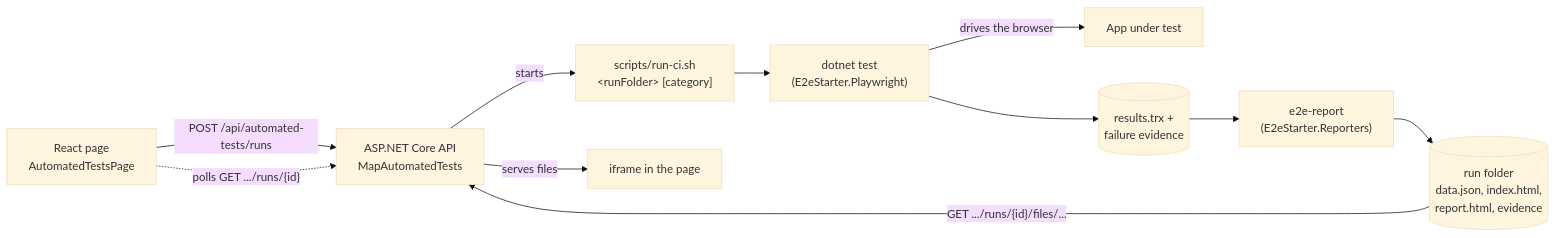
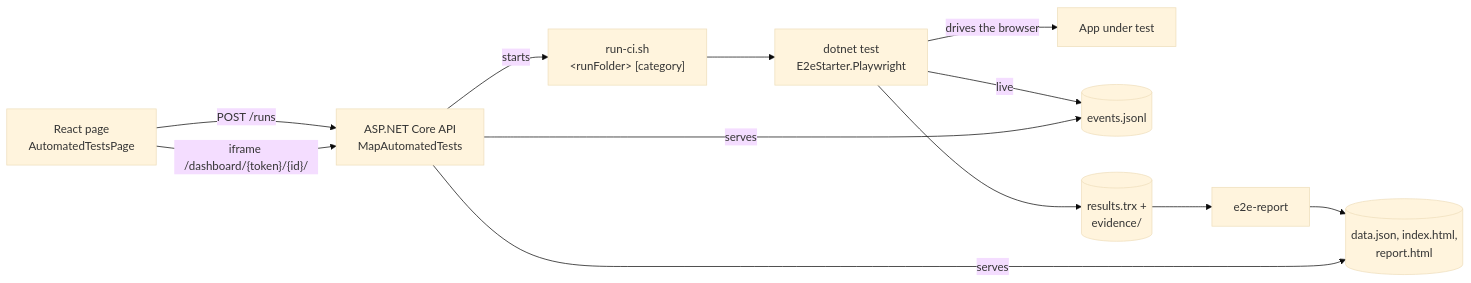
The diagram in README.md (perisicnikola37/react-dotnet-playwright-e2e-starter), drawn with Mermaid (base theme) before and after one commit. The commit also changed other lines of this file and 65 other files, not shown here.

First line of the commit message:
feat: live playwright dashboard, re-runs and seo landing page (#9)

````diff
--- a/README.md
+++ b/README.md
@@ -102,13 +140,13 @@
 ```mermaid
 flowchart LR
-    P["React page<br/>AutomatedTestsPage"] -- "POST /api/automated-tests/runs" --> API["ASP.NET Core API<br/>MapAutomatedTests"]
-    API -- "starts" --> S["scripts/run-ci.sh<br/>&lt;runFolder&gt; [category]"]
-    S --> T["dotnet test<br/>(E2eStarter.Playwright)"]
+    P["React page<br/>AutomatedTestsPage"] -- "POST /runs" --> API["ASP.NET Core API<br/>MapAutomatedTests"]
+    API -- "starts" --> S["run-ci.sh<br/>&lt;runFolder&gt; [category]"]
+    S --> T["dotnet test<br/>E2eStarter.Playwright"]
     T -- "drives the browser" --> APP["App under test"]
-    T --> E[("results.trx +<br/>failure evidence")]
-    E --> R["e2e-report<br/>(E2eStarter.Reporters)"]
-    R --> F[("run folder<br/>data.json, index.html,<br/>report.html, evidence")]
-    F -- "GET .../runs/{id}/files/..." --> API
-    API -- "serves files" --> I["iframe in the page"]
-    P -. "polls GET .../runs/{id}" .-> API
+    T -- "live" --> EV[("events.jsonl")]
+    T --> E[("results.trx +<br/>evidence/")]
+    E --> R["e2e-report"]
+    R --> F[("data.json, index.html,<br/>report.html")]
+    P -- "iframe /dashboard/{token}/{id}/" --> API
+    API -- "serves" --> EV & F
 ```
````
